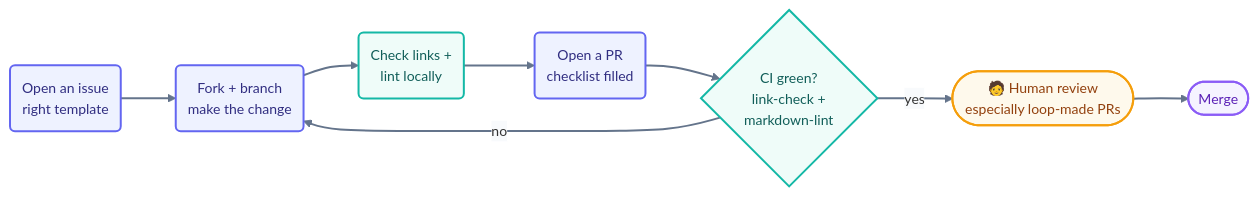
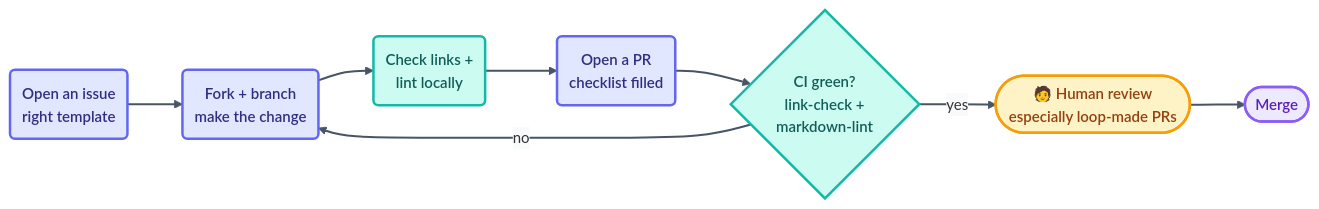
The diagram in CONTRIBUTING.md (ayeshakhalid192007-dev/LoopEngineering-CrashCourse), drawn with Mermaid before and after one commit. The commit also changed 66 other files, not shown here.

First line of the commit message:
docs(diagrams): visibly bolder pass — deeper fills, heavier strokes, semibold labels

````diff
--- a/CONTRIBUTING.md
+++ b/CONTRIBUTING.md
@@ -31,16 +31,16 @@
 ```mermaid
-%%{init: {'theme':'base','themeVariables':{'fontFamily':'ui-sans-serif, system-ui, sans-serif','fontSize':'14px','lineColor':'#64748b','edgeLabelBackground':'#f8fafc'},'flowchart':{'curve':'basis','nodeSpacing':45,'rankSpacing':55,'padding':12}}}%%
+%%{init: {'theme':'base','themeVariables':{'fontFamily':'ui-sans-serif, system-ui, sans-serif','fontSize':'15px','lineColor':'#475569','edgeLabelBackground':'#f8fafc'},'flowchart':{'curve':'basis','nodeSpacing':45,'rankSpacing':55,'padding':12}}}%%
 flowchart LR
     I("Open an issue<br/>right template"):::step --> W("Fork + branch<br/>make the change"):::step
     W --> LC("Check links +<br/>lint locally"):::verify
     LC --> PR("Open a PR<br/>checklist filled"):::step
     PR --> CI{"CI green?<br/>link-check +<br/>markdown-lint"}:::verify
     CI -->|no| W
     CI -->|yes| REV(["🧑 Human review<br/>especially loop-made PRs"]):::human
     REV --> M(["Merge"]):::win
-    linkStyle default stroke:#64748b,stroke-width:2px;
-    classDef step fill:#eef2ff,stroke:#6366f1,stroke-width:2px,color:#312e81;
-    classDef verify fill:#effcf9,stroke:#14b8a6,stroke-width:2px,color:#115e59;
-    classDef human fill:#fef9ec,stroke:#f59e0b,stroke-width:2px,color:#92400e;
-    classDef win fill:#f5f3ff,stroke:#8b5cf6,stroke-width:2px,color:#5b21b6;
+    linkStyle default stroke:#475569,stroke-width:2px;
+    classDef step fill:#e0e7ff,stroke:#6366f1,stroke-width:2.5px,color:#312e81,font-weight:600;
+    classDef verify fill:#ccfbf1,stroke:#14b8a6,stroke-width:2.5px,color:#115e59,font-weight:600;
+    classDef human fill:#fef3c7,stroke:#f59e0b,stroke-width:2.5px,color:#92400e,font-weight:600;
+    classDef win fill:#ede9fe,stroke:#8b5cf6,stroke-width:2.5px,color:#5b21b6,font-weight:600;
 ```
````
